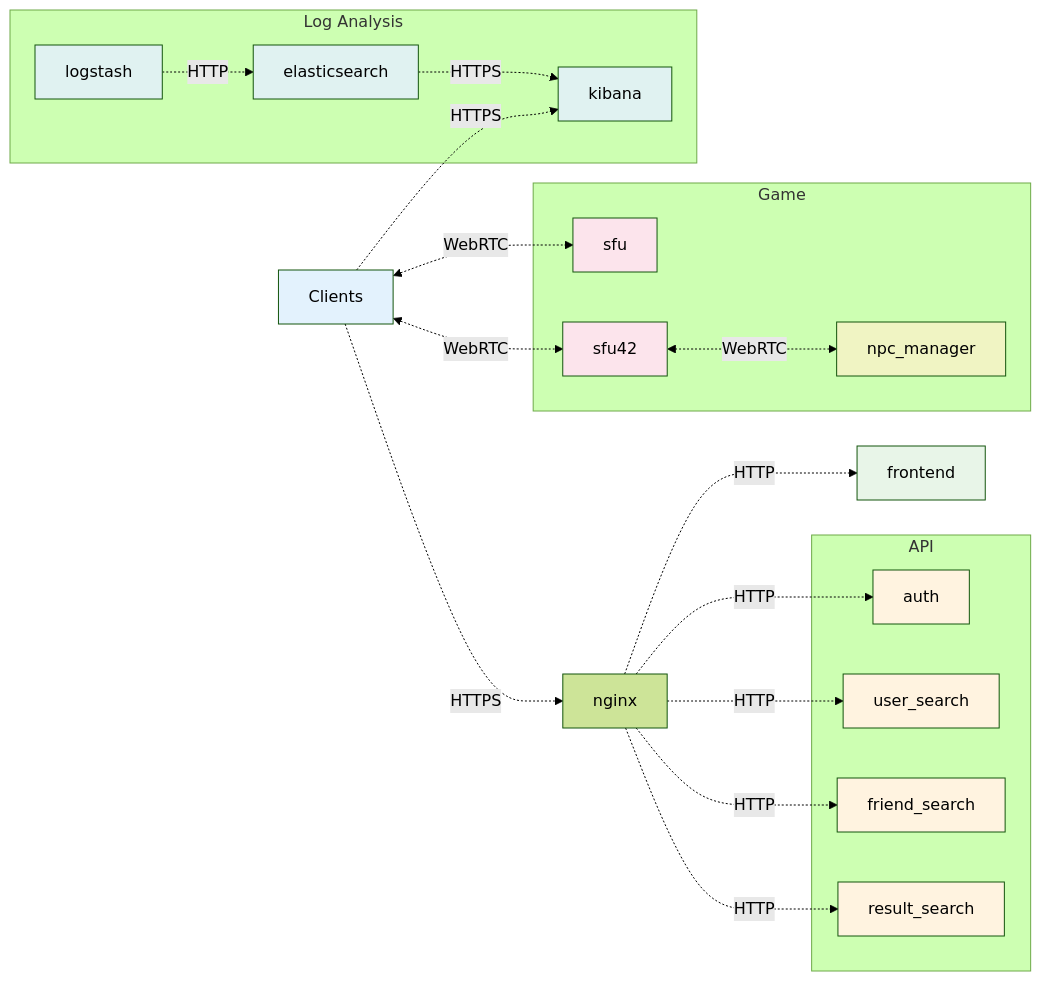
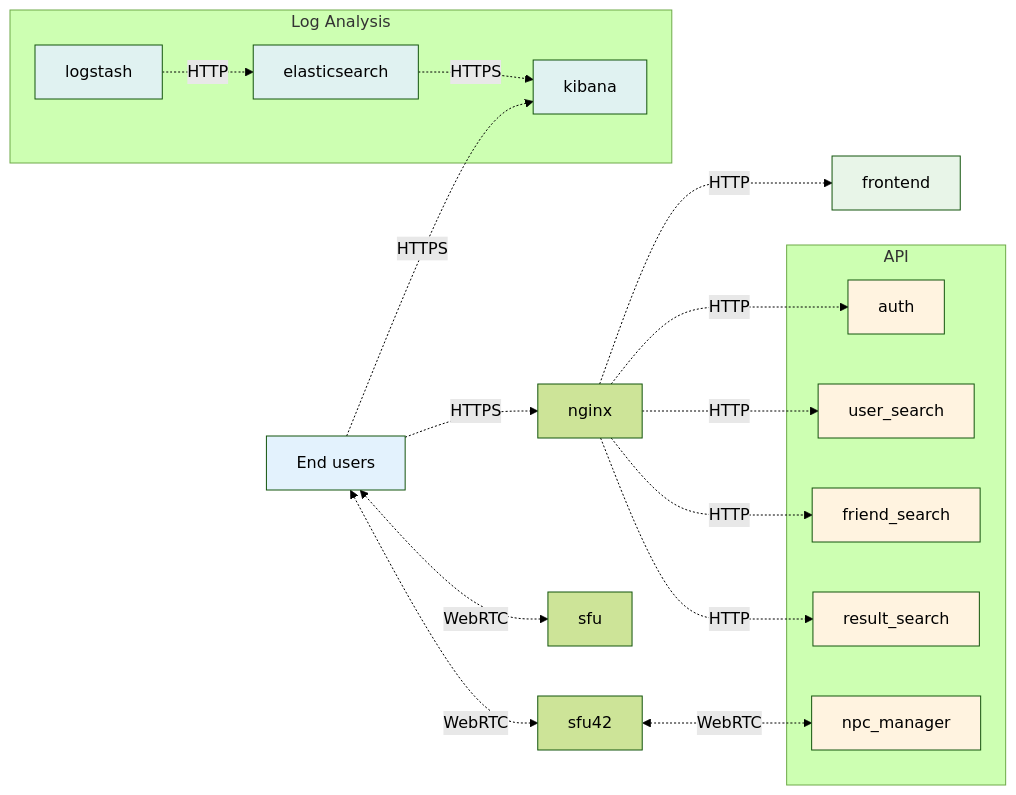
One commit to smizuoch/ft_transcendence changed the diagram in README.md. Above: the diagram before and after it, drawn with Mermaid (forest theme). The commit also changed other lines of this file, not shown here.

````diff
--- a/README.md
+++ b/README.md
@@ -101,55 +101,49 @@
 ```mermaid
 flowchart LR
-    Clients[Clients]
+    Users[End users]
     nginx[nginx]
 
     subgraph "API"
         auth[auth]
         user_search[user_search]
         friend_search[friend_search]
         result_search[result_search]
+        npc_manager[npc_manager]
     end
 
 
-    subgraph "Game"
-        sfu[sfu]
-        sfu42[sfu42]
-        npc_manager[npc_manager]
-    end
+    sfu[sfu]
+    sfu42[sfu42]
 
     subgraph "Log Analysis"
         logstash[logstash]
         elasticsearch[elasticsearch]
         kibana[kibana]
         logstash -.-> |HTTP| elasticsearch
         elasticsearch -.-> |HTTPS| kibana
     end
 
-    Clients -.-> |HTTPS| nginx
+    Users -.-> |HTTPS| nginx
     nginx -.-> |HTTP| frontend
     nginx -.-> |HTTP| auth
     nginx -.-> |HTTP| user_search
     nginx -.-> |HTTP| friend_search
     nginx -.-> |HTTP| result_search
 
-    Clients <-.-> |WebRTC| sfu
-    Clients <-.-> |WebRTC| sfu42
+    Users <-.-> |WebRTC| sfu
+    Users <-.-> |WebRTC| sfu42
     sfu42 <-.-> |WebRTC| npc_manager
 
-    Clients -.-> |HTTPS| kibana
+    Users -.-> |HTTPS| kibana
 
     %% Styling
-    classDef client fill:#e3f2fd
+    classDef user fill:#e3f2fd
     classDef frontend fill:#e8f5e8
     classDef api fill:#fff3e0
-    classDef game fill:#fce4ec
-    classDef ai fill:#f0f4c3
     classDef elk fill:#e0f2f1
 
-    class Clients client
+    class Users user
     class frontend frontend
-    class auth,user_search,friend_search,result_search api
-    class sfu,sfu42 game
-    class npc_manager ai
+    class auth,user_search,friend_search,result_search,npc_manager api
     class logstash,elasticsearch,kibana elk
 ```
````
